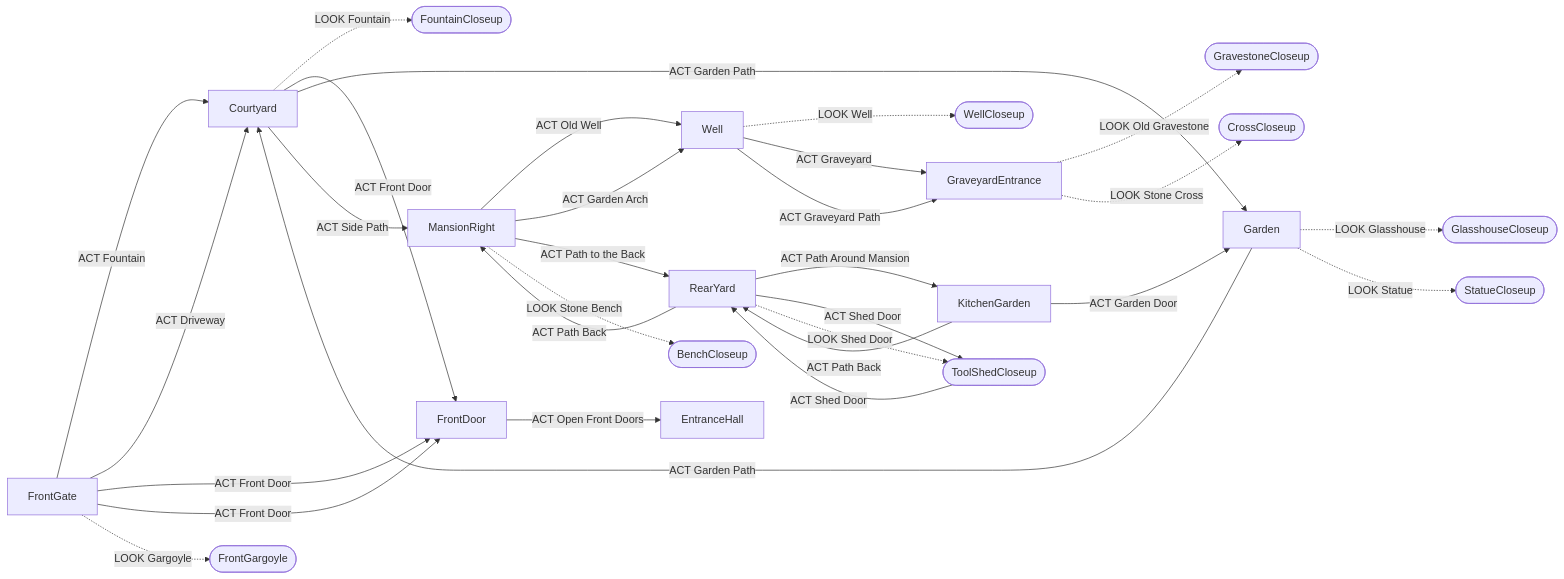
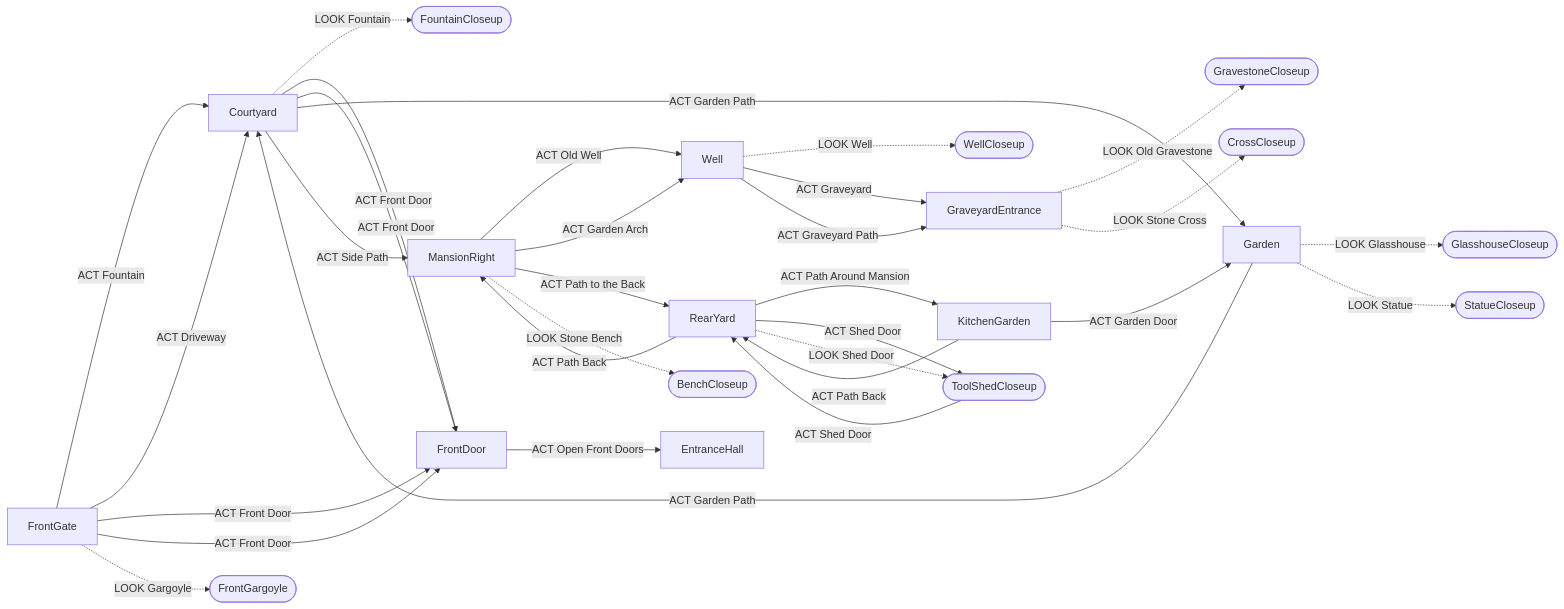
The diagram in SCENES.md (jamesmcmahondk-oss/The-Mansion), drawn with Mermaid before and after one commit. The commit also changed other lines of this file and 4 other files, not shown here.

First line of the commit message:
New courtyard pictures, with an open-door version

````diff
--- a/SCENES.md
+++ b/SCENES.md
@@ -9,51 +9,52 @@
 ```mermaid
 flowchart LR
     FrontGate["FrontGate"]
     FountainCloseup(["FountainCloseup"])
     Courtyard["Courtyard"]
     Garden["Garden"]
     StatueCloseup(["StatueCloseup"])
     GlasshouseCloseup(["GlasshouseCloseup"])
     MansionRight["MansionRight"]
     RearYard["RearYard"]
     ToolShedCloseup(["ToolShedCloseup"])
     KitchenGarden["KitchenGarden"]
     BenchCloseup(["BenchCloseup"])
     Well["Well"]
     GraveyardEntrance["GraveyardEntrance"]
     WellCloseup(["WellCloseup"])
     CrossCloseup(["CrossCloseup"])
     GravestoneCloseup(["GravestoneCloseup"])
     FrontGargoyle(["FrontGargoyle"])
     FrontDoor["FrontDoor"]
     EntranceHall["EntranceHall"]
     FrontGate -->|ACT Fountain| Courtyard
     FrontGate -->|ACT Driveway| Courtyard
     FrontGate -->|ACT Front Door| FrontDoor
     FrontGate -->|ACT Front Door| FrontDoor
     FrontGate -.->|LOOK Gargoyle| FrontGargoyle
     Courtyard -.->|LOOK Fountain| FountainCloseup
     Courtyard -->|ACT Front Door| FrontDoor
+    Courtyard -->|ACT Front Door| FrontDoor
     Courtyard -->|ACT Garden Path| Garden
     Courtyard -->|ACT Side Path| MansionRight
     Garden -.->|LOOK Glasshouse| GlasshouseCloseup
     Garden -->|ACT Garden Path| Courtyard
     Garden -.->|LOOK Statue| StatueCloseup
     MansionRight -->|ACT Old Well| Well
     MansionRight -->|ACT Garden Arch| Well
     MansionRight -->|ACT Path to the Back| RearYard
     MansionRight -.->|LOOK Stone Bench| BenchCloseup
     RearYard -->|ACT Path Back| MansionRight
     RearYard -->|ACT Path Around Mansion| KitchenGarden
     RearYard -->|ACT Shed Door| ToolShedCloseup
     RearYard -.->|LOOK Shed Door| ToolShedCloseup
     ToolShedCloseup -->|ACT Shed Door| RearYard
     KitchenGarden -->|ACT Garden Door| Garden
     KitchenGarden -->|ACT Path Back| RearYard
     Well -.->|LOOK Well| WellCloseup
     Well -->|ACT Graveyard| GraveyardEntrance
     Well -->|ACT Graveyard Path| GraveyardEntrance
     GraveyardEntrance -.->|LOOK Old Gravestone| GravestoneCloseup
     GraveyardEntrance -.->|LOOK Stone Cross| CrossCloseup
     FrontDoor -->|ACT Open Front Doors| EntranceHall
 ```
````
